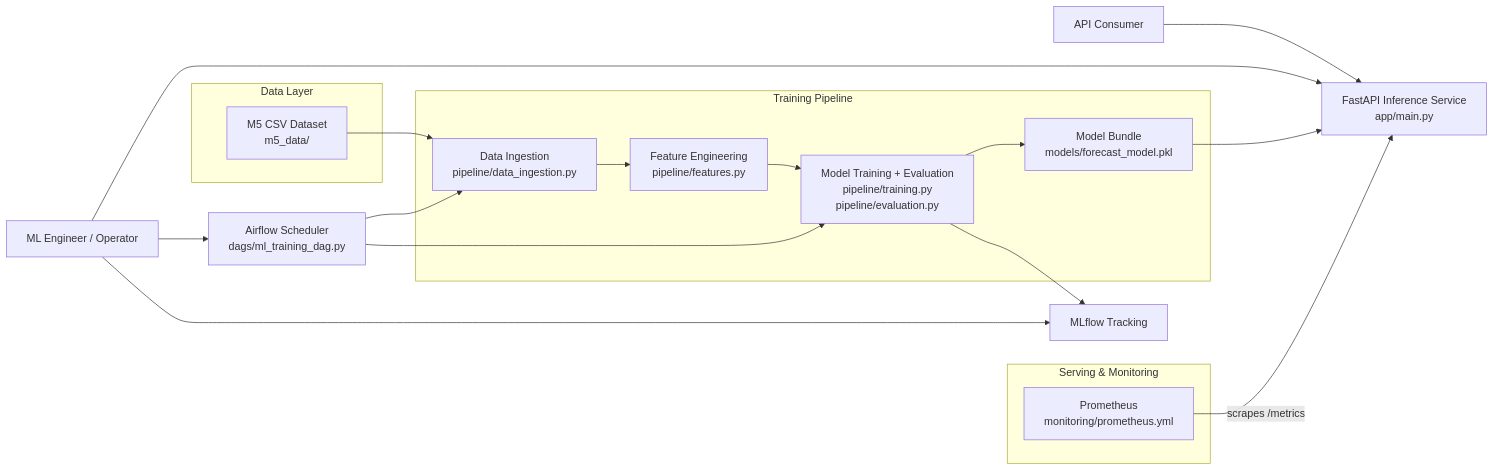
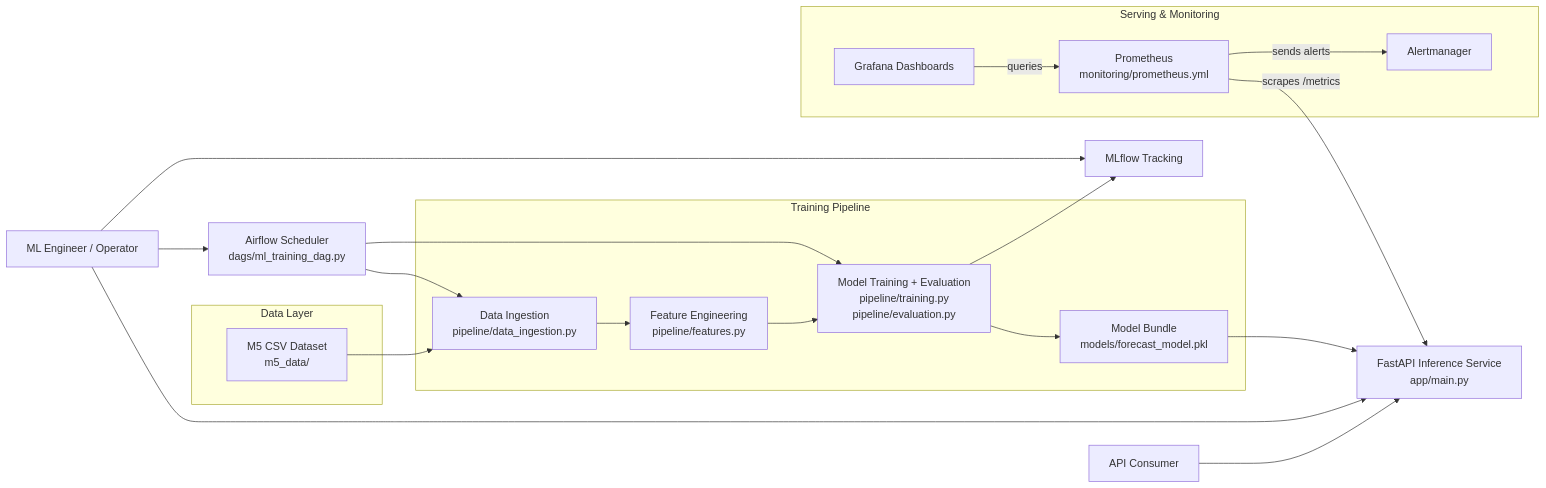
The first of 3 diagrams in README.md (msa28hn-duc25msa13238/DDM501-MSA28HN-Final-Project), drawn with Mermaid before and after one commit. The commit also changed other lines of this file and 9 other files, not shown here.

Commit message:
Added grafana and alertmanager

````diff
--- a/README.md
+++ b/README.md
@@ -42,29 +44,33 @@
 ```mermaid
 flowchart LR
     user["API Consumer"] --> api["FastAPI Inference Service<br/>app/main.py"]
     operator["ML Engineer / Operator"] --> mlflow["MLflow Tracking"]
     operator --> airflow["Airflow Scheduler<br/>dags/ml_training_dag.py"]
     operator --> api
 
     subgraph data["Data Layer"]
         m5["M5 CSV Dataset<br/>m5_data/"]
     end
 
     subgraph training["Training Pipeline"]
         ingest["Data Ingestion<br/>pipeline/data_ingestion.py"]
         features["Feature Engineering<br/>pipeline/features.py"]
         train["Model Training + Evaluation<br/>pipeline/training.py<br/>pipeline/evaluation.py"]
         bundle["Model Bundle<br/>models/forecast_model.pkl"]
     end
 
     subgraph runtime["Serving & Monitoring"]
         prometheus["Prometheus<br/>monitoring/prometheus.yml"]
+        grafana["Grafana Dashboards"]
+        alertmanager["Alertmanager"]
     end
 
     m5 --> ingest --> features --> train --> bundle
     train --> mlflow
     airflow --> ingest
     airflow --> train
     bundle --> api
     prometheus -->|"scrapes /metrics"| api
+    grafana -->|"queries"| prometheus
+    prometheus -->|"sends alerts"| alertmanager
 ```
````
